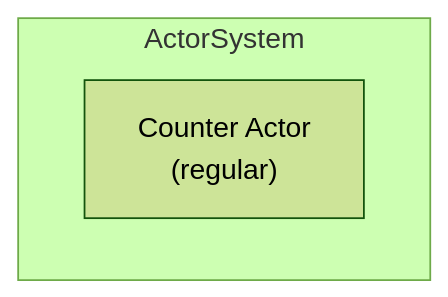
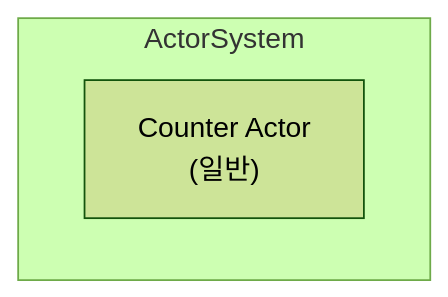
Before and after one commit to iceflower/pekko-kotlin-demo: the first of 2 diagrams in spring-boot-optional-cluster/README.md, drawn with Mermaid (forest theme). The commit also changed other lines of this file and 13 other files, not shown here.

````diff
--- a/spring-boot-optional-cluster/README.md
+++ b/spring-boot-optional-cluster/README.md
@@ -106,6 +108,6 @@
 ```mermaid
 flowchart TB
     subgraph ActorSystem[ActorSystem]
-        Counter["Counter Actor<br/>(regular)"]
+        Counter["Counter Actor<br/>(일반)"]
     end
 ```
````
